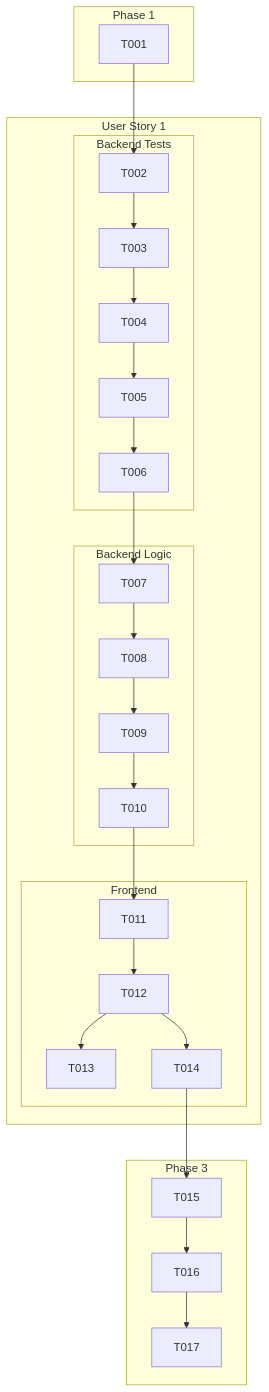
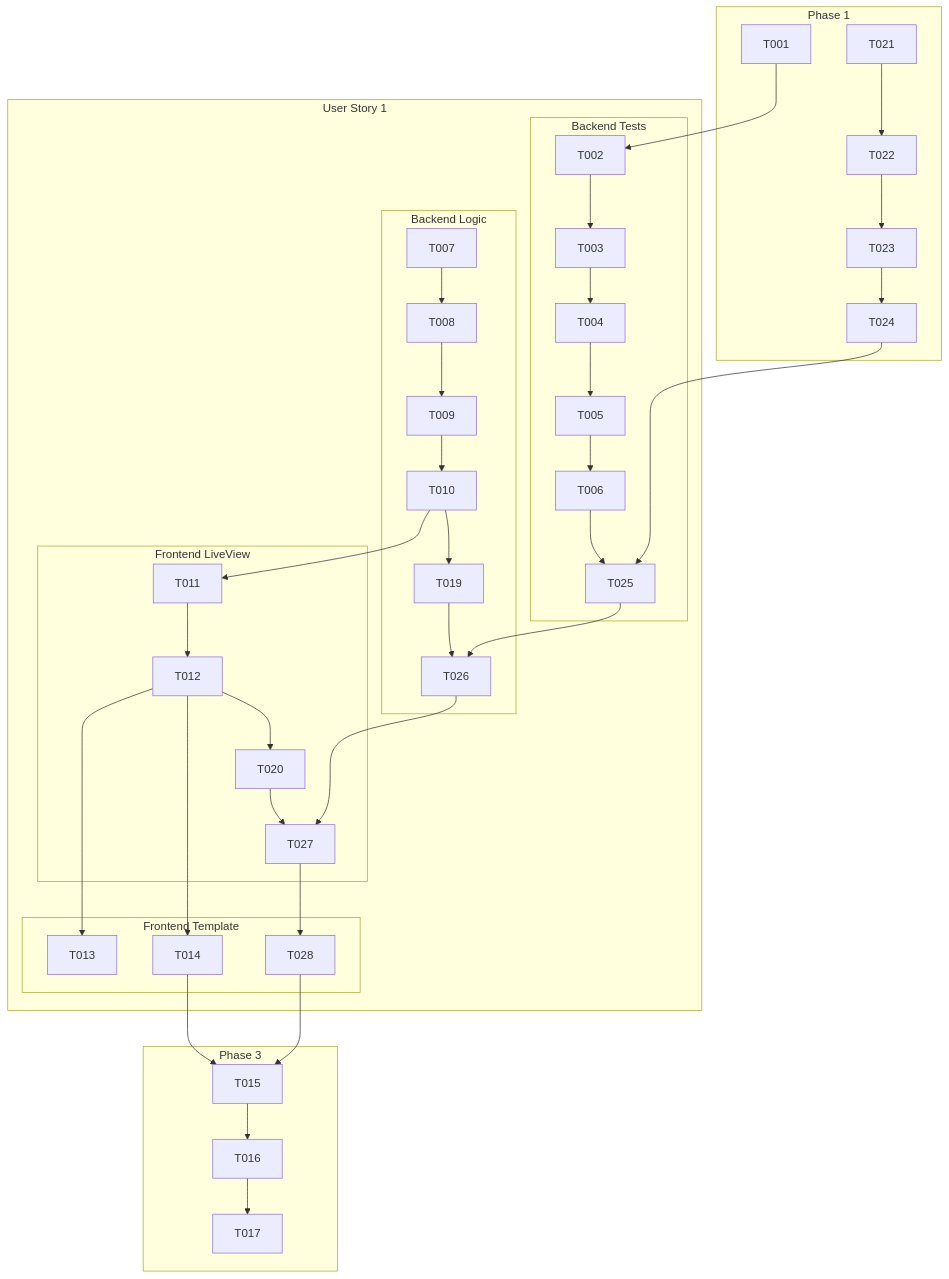
The diagram in specs/001-deal-start-card/tasks.md (kevgathuku/cards), drawn with Mermaid before and after one commit. The commit also changed other lines of this file and 2 other files, not shown here.

````diff
--- a/specs/001-deal-start-card/tasks.md
+++ b/specs/001-deal-start-card/tasks.md
@@ -74,29 +74,37 @@
 ```mermaid
 graph TD
     subgraph Phase 1
         T001
+        T021 --> T022 --> T023 --> T024
     end
     subgraph Phase 2 [User Story 1]
         subgraph Backend Tests
-            T002 --> T003 --> T004 --> T005 --> T006
+            T002 --> T003 --> T004 --> T005 --> T006 --> T025
         end
         subgraph Backend Logic
-            T007 --> T008 --> T009 --> T010
+            T007 --> T008 --> T009 --> T010 --> T019 --> T026
         end
-        subgraph Frontend
-            T011 --> T012
+        subgraph Frontend LiveView
+            T011 --> T012 --> T020 --> T027
+        end
+        subgraph Frontend Template
             T013
             T014
+            T028
         end
     end
     subgraph Phase 3
         T015 --> T016 --> T017
     end
 
     T001 --> T002
-    T006 --> T007
+    T024 --> T025
+    T025 --> T026
+    T026 --> T027
+    T027 --> T028
     T010 --> T011
     T012 --> T013
     T012 --> T014
     T014 --> T015
+    T028 --> T015
 ```
````
